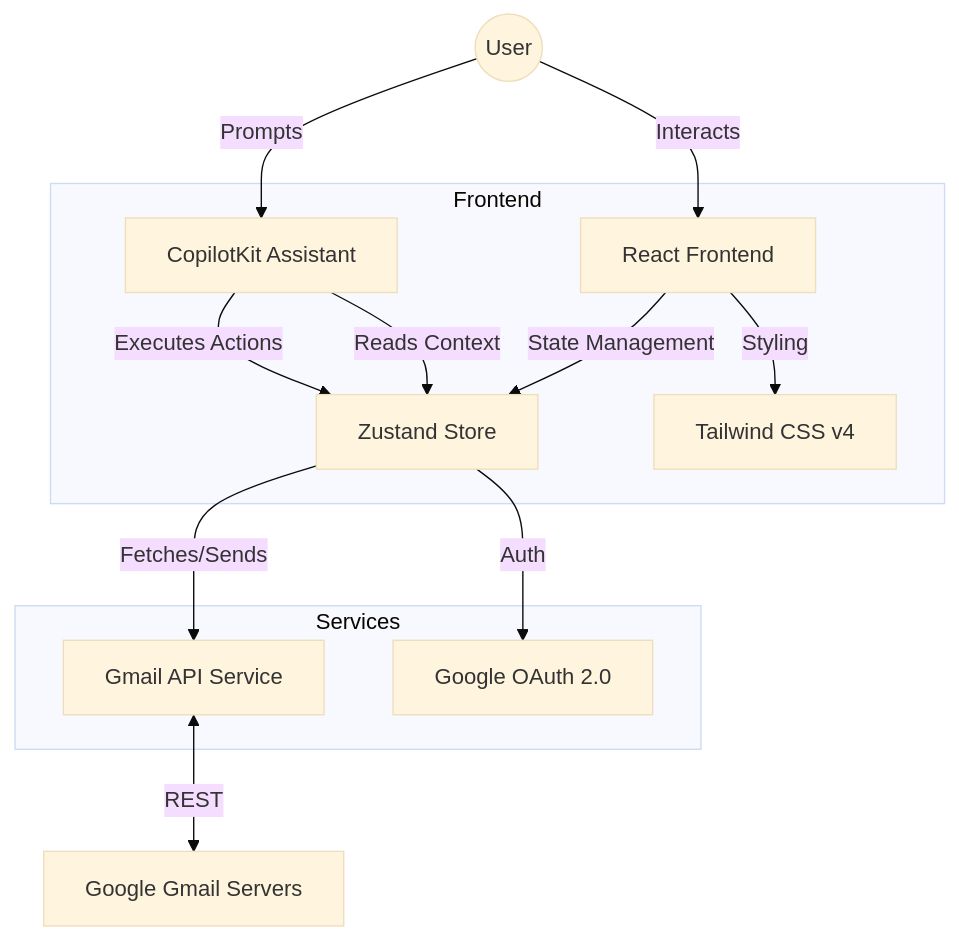
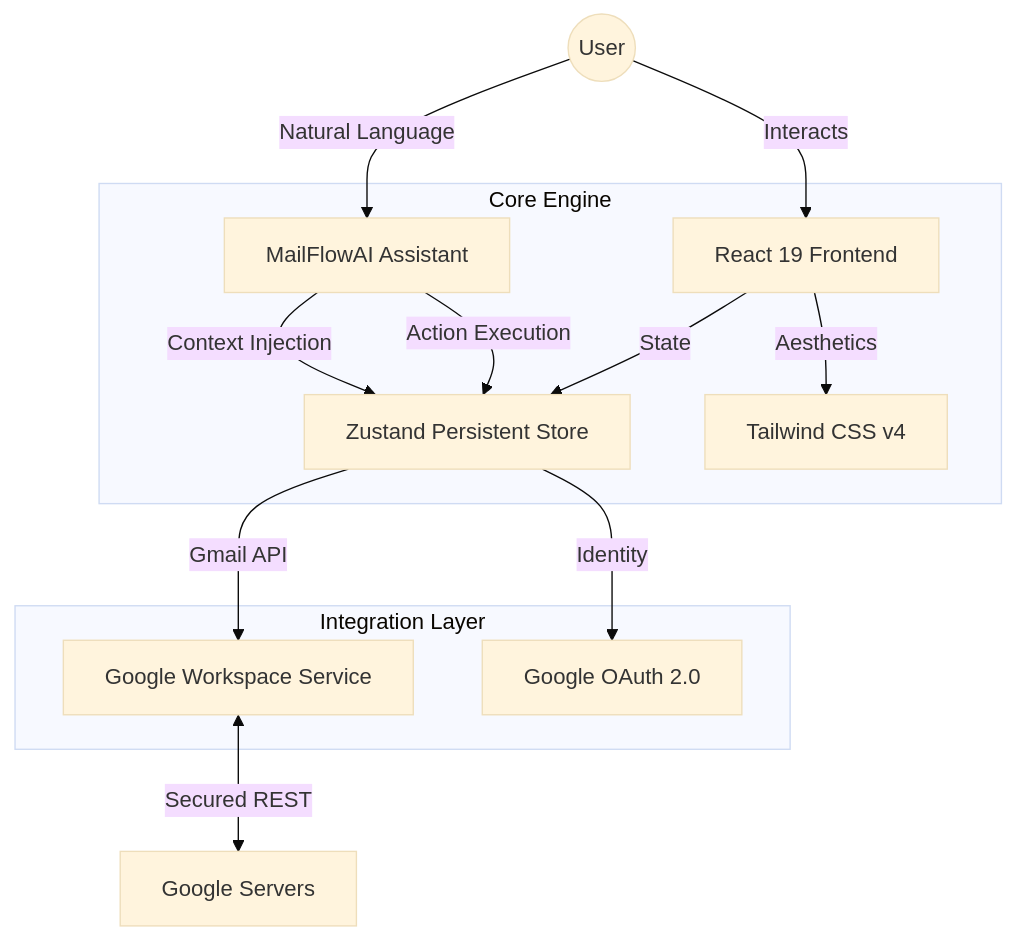
One commit to krockxz/MailFlowAI changed the diagram in README.md. Above: the diagram before and after it, drawn with Mermaid (base theme). The commit also changed other lines of this file and 10 other files, not shown here.

Commit message:
feat: Initialize MailFlowAI application with Gmail integration, AI Copilot, core UI components, and updated project documentation and security headers.

````diff
--- a/README.md
+++ b/README.md
@@ -12,19 +25,19 @@
 ```mermaid
 graph TD
-    User((User)) -->|Interacts| UI[React Frontend]
-    User -->|Prompts| AI[CopilotKit Assistant]
+    User((User)) -->|Natural Language| AI[MailFlowAI Assistant]
+    User -->|Interacts| UI[React 19 Frontend]
 
-    subgraph Frontend
-        UI -->|State Management| Store[Zustand Store]
-        UI -->|Styling| TW[Tailwind CSS v4]
-        AI -->|Reads Context| Store
-        AI -->|Executes Actions| Store
+    subgraph "Core Engine"
+        UI -->|State| Store[Zustand Persistent Store]
+        UI -->|Aesthetics| TW[Tailwind CSS v4]
+        AI -->|Context Injection| Store
+        AI -->|Action Execution| Store
     end
 
-    subgraph Services
-        Store -->|Fetches/Sends| API[Gmail API Service]
-        Store -->|Auth| Auth[Google OAuth 2.0]
+    subgraph "Integration Layer"
+        Store -->|Gmail API| API[Google Workspace Service]
+        Store -->|Identity| Auth[Google OAuth 2.0]
     end
 
-    API <-->|REST| Gmail[Google Gmail Servers]
+    API <-->|Secured REST| Gmail[Google Servers]
 ```
````
